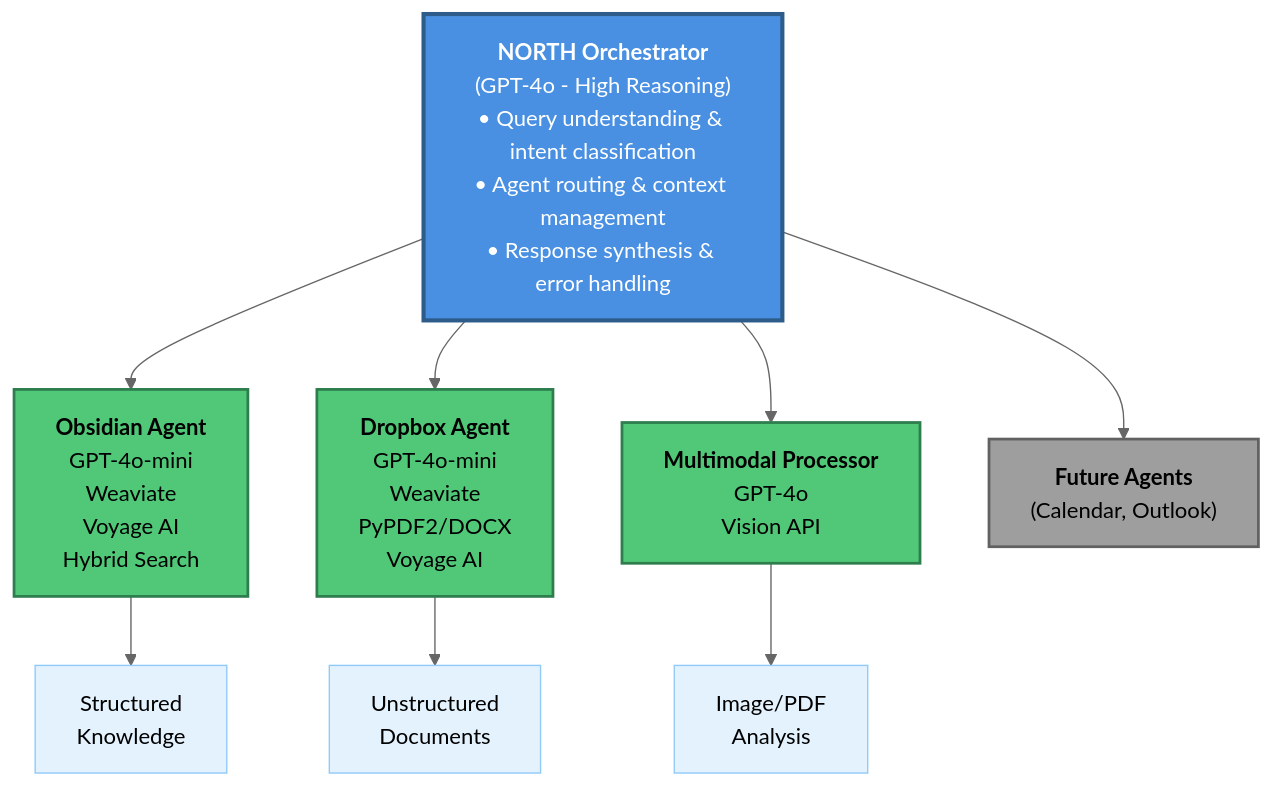
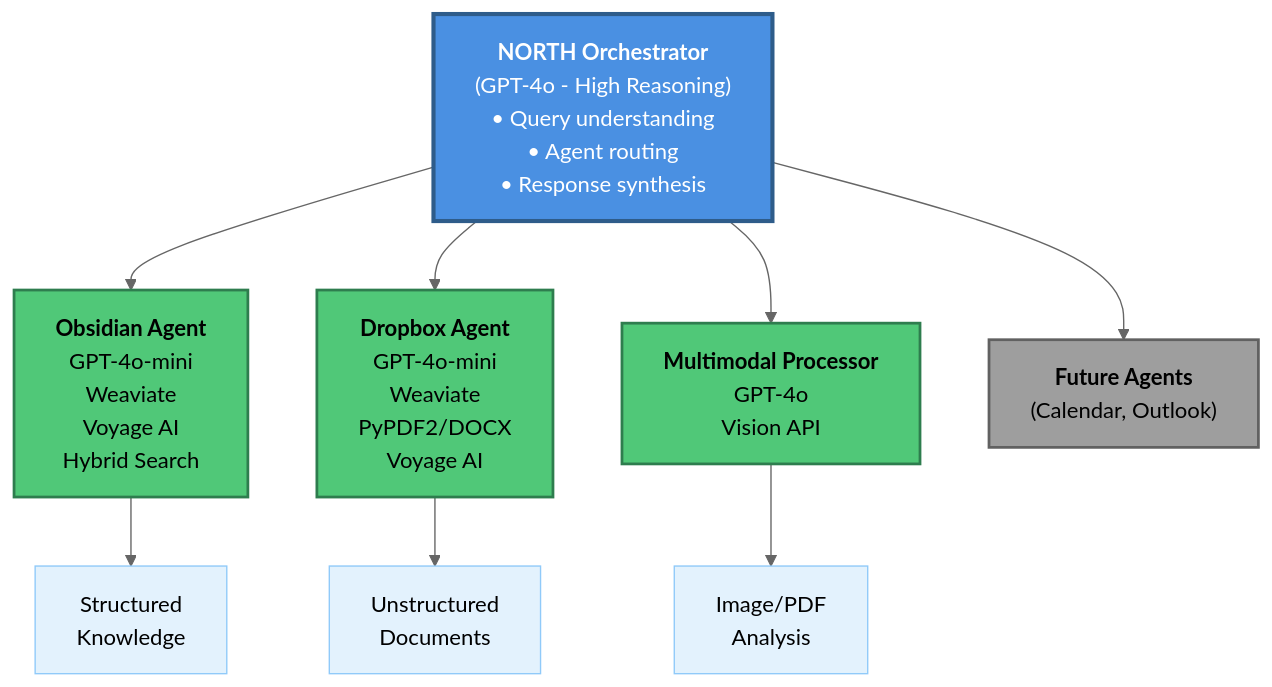
Before and after one commit to Ibraheem-Khalil/north: the first of 2 diagrams in README.md, drawn with Mermaid (neutral theme). The commit also changed other lines of this file, not shown here.

````diff
--- a/README.md
+++ b/README.md
@@ -40,22 +40,22 @@
 ```mermaid
 graph TD
-    A["<b>NORTH Orchestrator</b><br/>(GPT-4o - High Reasoning)<br/>• Query understanding & intent classification<br/>• Agent routing & context management<br/>• Response synthesis & error handling"]
+    A["<b>NORTH Orchestrator</b><br/>(GPT-4o - High Reasoning)<br/>• Query understanding<br/>• Agent routing<br/>• Response synthesis"]
 
     A --> B["<b>Obsidian Agent</b><br/>GPT-4o-mini<br/>Weaviate<br/>Voyage AI<br/>Hybrid Search"]
     A --> C["<b>Dropbox Agent</b><br/>GPT-4o-mini<br/>Weaviate<br/>PyPDF2/DOCX<br/>Voyage AI"]
     A --> D["<b>Multimodal Processor</b><br/>GPT-4o<br/>Vision API"]
     A --> E["<b>Future Agents</b><br/>(Calendar, Outlook)"]
 
     B --> F["Structured<br/>Knowledge"]
     C --> G["Unstructured<br/>Documents"]
     D --> H["Image/PDF<br/>Analysis"]
 
     style A fill:#4A90E2,stroke:#2E5C8A,stroke-width:3px,color:#fff
     style B fill:#50C878,stroke:#2E7D4E,stroke-width:2px,color:#000
     style C fill:#50C878,stroke:#2E7D4E,stroke-width:2px,color:#000
     style D fill:#50C878,stroke:#2E7D4E,stroke-width:2px,color:#000
     style E fill:#9E9E9E,stroke:#616161,stroke-width:2px,color:#000
     style F fill:#E3F2FD,stroke:#90CAF9,stroke-width:1px,color:#000
     style G fill:#E3F2FD,stroke:#90CAF9,stroke-width:1px,color:#000
     style H fill:#E3F2FD,stroke:#90CAF9,stroke-width:1px,color:#000
 ```
````
